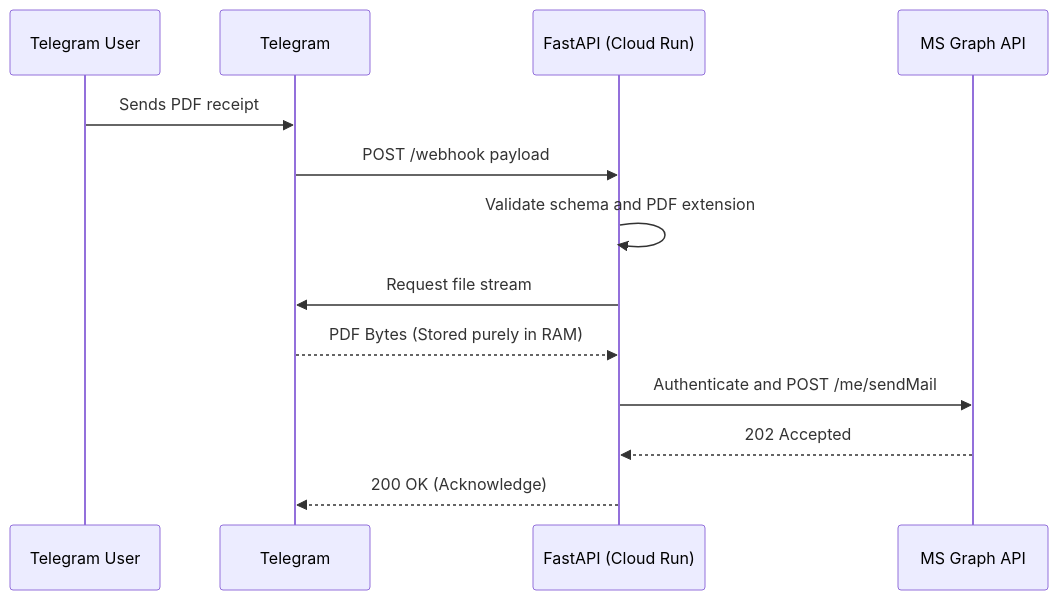
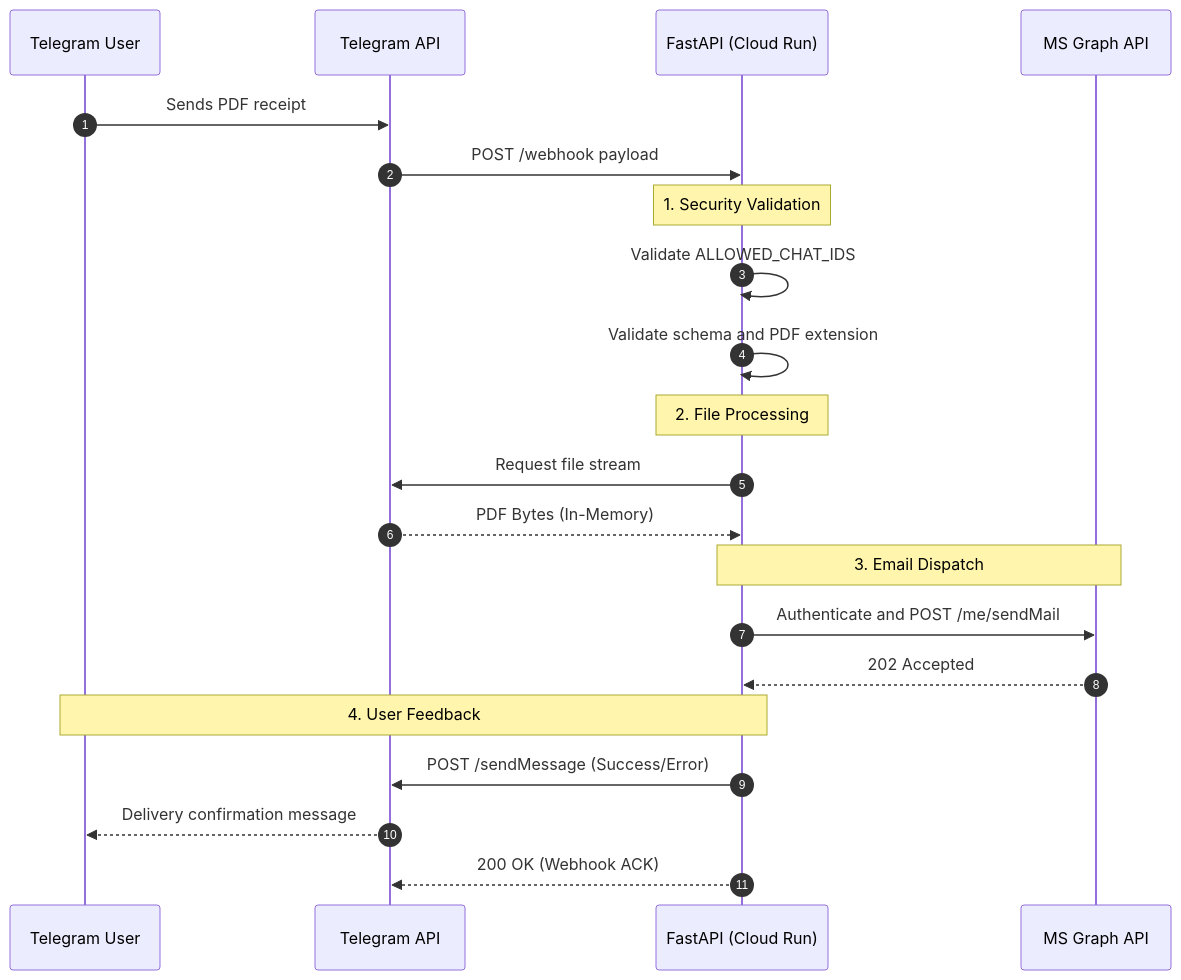
One commit to guilhermeguim/condominio_mail_bot changed the diagram in docs/architecture.md. Above: the diagram before and after it, drawn with Mermaid. The commit also changed other lines of this file and 2 other files, not shown here.

Commit message:
docs: update security and deployment guides

````diff
--- a/docs/architecture.md
+++ b/docs/architecture.md
@@ -9,20 +9,28 @@
 ```mermaid
 sequenceDiagram
+    autonumber
     participant User as Telegram User
-    participant Telegram
+    participant Telegram as Telegram API
     participant App as FastAPI (Cloud Run)
     participant Graph as MS Graph API
 
     User->>Telegram: Sends PDF receipt
     Telegram->>App: POST /webhook payload
     
+    Note over App: 1. Security Validation
+    App->>App: Validate ALLOWED_CHAT_IDS
     App->>App: Validate schema and PDF extension
     
+    Note over App: 2. File Processing
     App->>Telegram: Request file stream
-    Telegram-->>App: PDF Bytes (Stored purely in RAM)
+    Telegram-->>App: PDF Bytes (In-Memory)
     
+    Note over App,Graph: 3. Email Dispatch
     App->>Graph: Authenticate and POST /me/sendMail
     Graph-->>App: 202 Accepted
     
-    App-->>Telegram: 200 OK (Acknowledge)
+    Note over App,User: 4. User Feedback
+    App->>Telegram: POST /sendMessage (Success/Error)
+    Telegram-->>User: Delivery confirmation message
+    App-->>Telegram: 200 OK (Webhook ACK)
 ```
````
